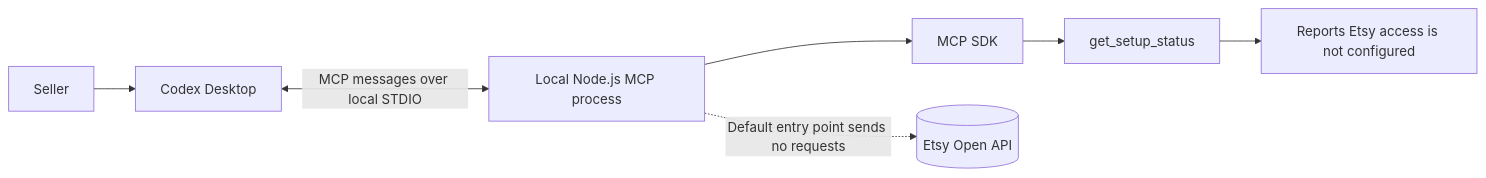
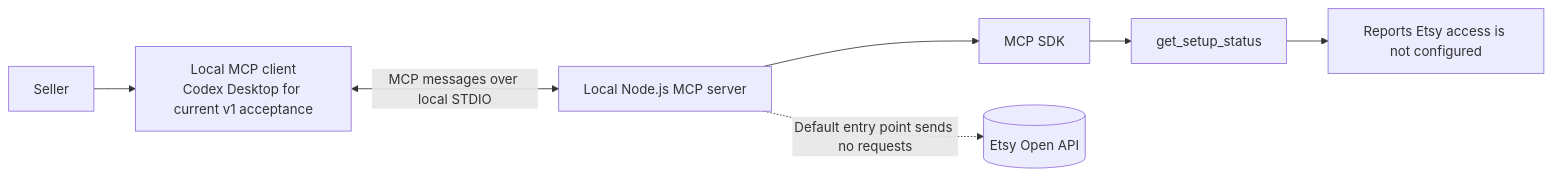
One commit to stevenfarmer/etsySellerAssistant changed the first of 3 diagrams in docs/architecture.md. Above: the diagram before and after it, drawn with Mermaid. The commit also changed other lines of this file and 13 other files, not shown here.

Commit message:
docs: clarify MCP server positioning and project voice

````diff
--- a/docs/architecture.md
+++ b/docs/architecture.md
@@ -11,9 +12,9 @@
 ```mermaid
 flowchart LR
-  user[Seller] --> desktop[Codex Desktop]
-  desktop <-->|MCP messages over local STDIO| process[Local Node.js MCP process]
+  user[Seller] --> client[Local MCP client<br/>Codex Desktop for current v1 acceptance]
+  client <-->|MCP messages over local STDIO| process[Local Node.js MCP server]
   process --> sdk[MCP SDK]
   sdk --> tool[get_setup_status]
   tool --> response[Reports Etsy access is not configured]
   process -. "Default entry point sends no requests" .-> api[(Etsy Open API)]
 ```
````
